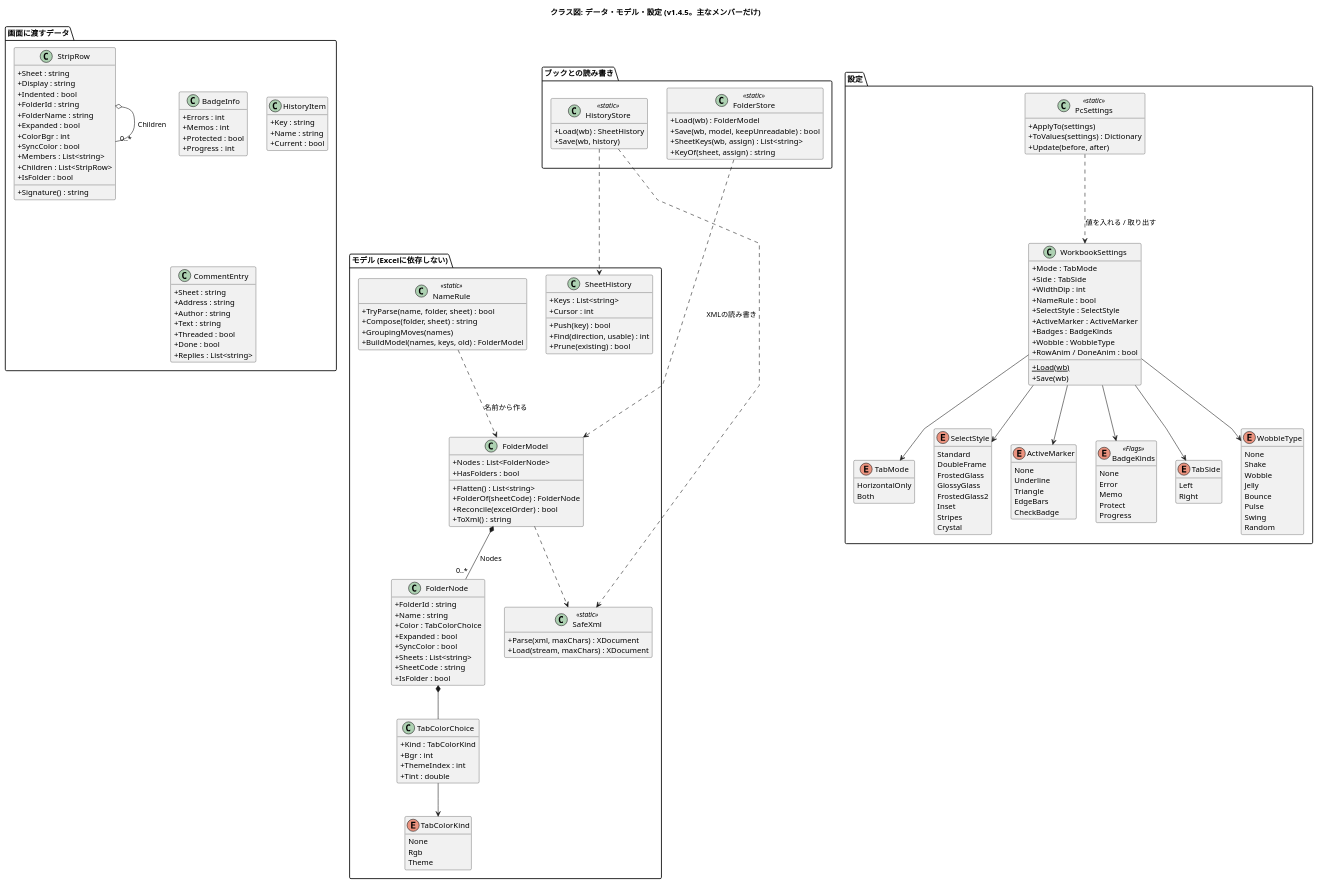
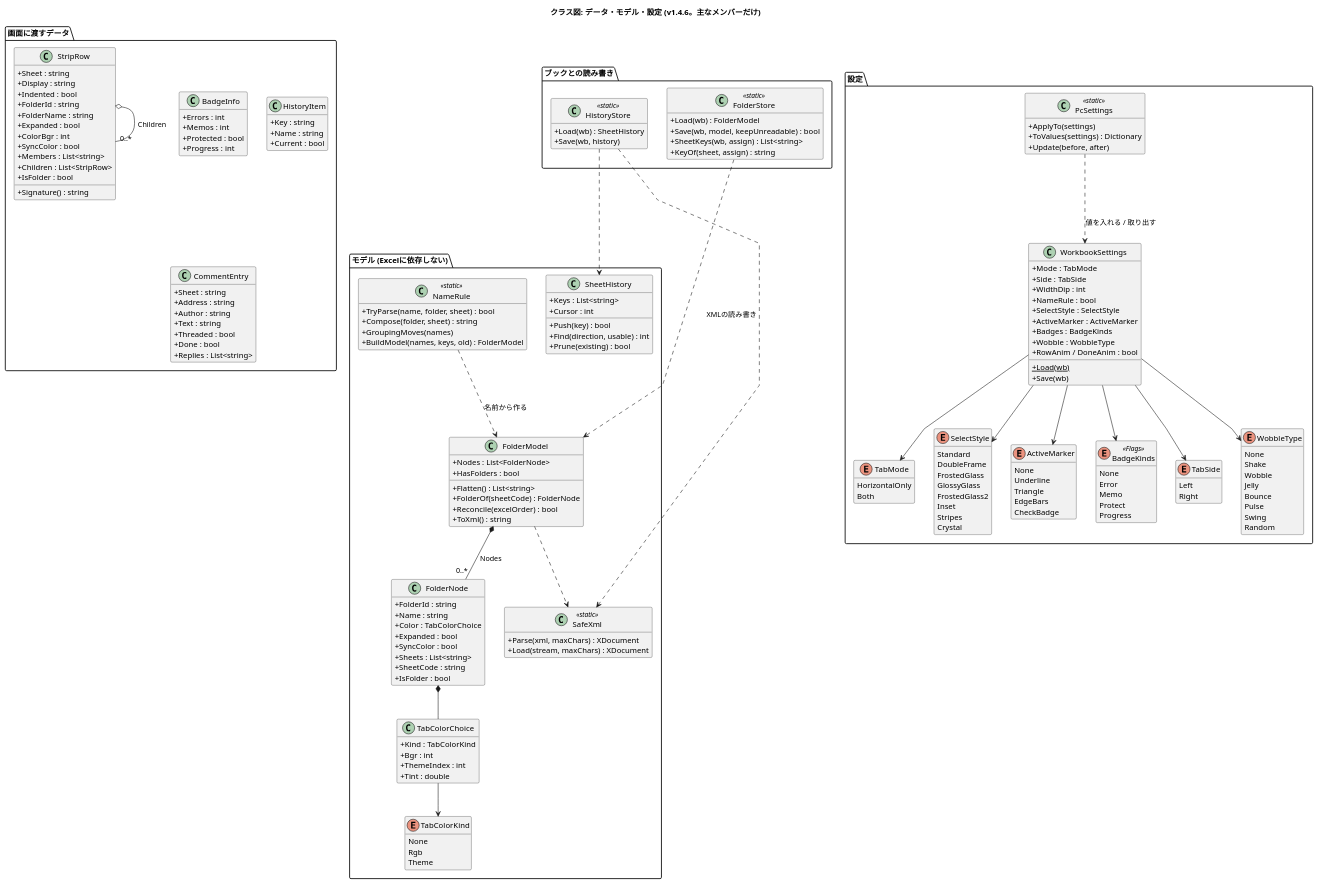
The diagram in docs/class-data.puml (nk-taka623/VerticalSheetTabs), drawn with PlantUML before and after one commit. The commit also changed 14 other files, not shown here.

Commit message:
v1.4.6 にする (バージョン、README の変更点、設計図の版数)

```diff
--- a/docs/class-data.puml
+++ b/docs/class-data.puml
@@ -1,188 +1,188 @@
 @startuml
-title クラス図: データ・モデル・設定 (v1.4.5。主なメンバーだけ)
+title クラス図: データ・モデル・設定 (v1.4.6。主なメンバーだけ)
 skinparam shadowing false
 skinparam classAttributeIconSize 0
 skinparam linetype polyline
 hide empty members
 
 package "モデル (Excelに依存しない)" {
   class FolderModel {
     +Nodes : List<FolderNode>
     +HasFolders : bool
     +Flatten() : List<string>
     +FolderOf(sheetCode) : FolderNode
     +Reconcile(excelOrder) : bool
     +ToXml() : string
   }
   class FolderNode {
     +FolderId : string
     +Name : string
     +Color : TabColorChoice
     +Expanded : bool
     +SyncColor : bool
     +Sheets : List<string>
     +SheetCode : string
     +IsFolder : bool
   }
   class TabColorChoice {
     +Kind : TabColorKind
     +Bgr : int
     +ThemeIndex : int
     +Tint : double
   }
   enum TabColorKind {
     None
     Rgb
     Theme
   }
   class SheetHistory {
     +Keys : List<string>
     +Cursor : int
     +Push(key) : bool
     +Find(direction, usable) : int
     +Prune(existing) : bool
   }
   class NameRule <<static>> {
     +TryParse(name, folder, sheet) : bool
     +Compose(folder, sheet) : string
     +GroupingMoves(names)
     +BuildModel(names, keys, old) : FolderModel
   }
   class SafeXml <<static>> {
     +Parse(xml, maxChars) : XDocument
     +Load(stream, maxChars) : XDocument
   }
 }
 
 package "ブックとの読み書き" {
   class FolderStore <<static>> {
     +Load(wb) : FolderModel
     +Save(wb, model, keepUnreadable) : bool
     +SheetKeys(wb, assign) : List<string>
     +KeyOf(sheet, assign) : string
   }
   class HistoryStore <<static>> {
     +Load(wb) : SheetHistory
     +Save(wb, history)
   }
 }
 
 package "設定" {
   class WorkbookSettings {
     +Mode : TabMode
     +Side : TabSide
     +WidthDip : int
     +NameRule : bool
     +SelectStyle : SelectStyle
     +ActiveMarker : ActiveMarker
     +Badges : BadgeKinds
     +Wobble : WobbleType
     +RowAnim / DoneAnim : bool
     +Load(wb) {static}
     +Save(wb)
   }
   class PcSettings <<static>> {
     +ApplyTo(settings)
     +ToValues(settings) : Dictionary
     +Update(before, after)
   }
   enum TabMode {
     HorizontalOnly
     Both
   }
   enum SelectStyle {
     Standard
     DoubleFrame
     FrostedGlass
     GlossyGlass
     FrostedGlass2
     Inset
     Stripes
     Crystal
   }
   enum ActiveMarker {
     None
     Underline
     Triangle
     EdgeBars
     CheckBadge
   }
   enum BadgeKinds <<Flags>> {
     None
     Error
     Memo
     Protect
     Progress
   }
   enum TabSide {
     Left
     Right
   }
   enum WobbleType {
     None
     Shake
     Wobble
     Jelly
     Bounce
     Pulse
     Swing
     Random
   }
 }
 
 package "画面に渡すデータ" {
   class StripRow {
     +Sheet : string
     +Display : string
     +Indented : bool
     +FolderId : string
     +FolderName : string
     +Expanded : bool
     +ColorBgr : int
     +SyncColor : bool
     +Members : List<string>
     +Children : List<StripRow>
     +IsFolder : bool
     +Signature() : string
   }
   class BadgeInfo {
     +Errors : int
     +Memos : int
     +Protected : bool
     +Progress : int
   }
   class HistoryItem {
     +Key : string
     +Name : string
     +Current : bool
   }
   class CommentEntry {
     +Sheet : string
     +Address : string
     +Author : string
     +Text : string
     +Threaded : bool
     +Done : bool
     +Replies : List<string>
   }
 }
 
 FolderModel *-- "0..*" FolderNode : Nodes
 FolderNode *-- TabColorChoice
 TabColorChoice --> TabColorKind
 StripRow o-- "0..*" StripRow : Children
 
 FolderStore ..> FolderModel : XMLの読み書き
 FolderModel ..> SafeXml
 HistoryStore ..> SheetHistory
 HistoryStore ..> SafeXml
 NameRule ..> FolderModel : 名前から作る
 
 WorkbookSettings --> TabMode
 WorkbookSettings --> TabSide
 WorkbookSettings --> SelectStyle
 WorkbookSettings --> ActiveMarker
 WorkbookSettings --> BadgeKinds
 WorkbookSettings --> WobbleType
 PcSettings ..> WorkbookSettings : 値を入れる / 取り出す
 @enduml
```
